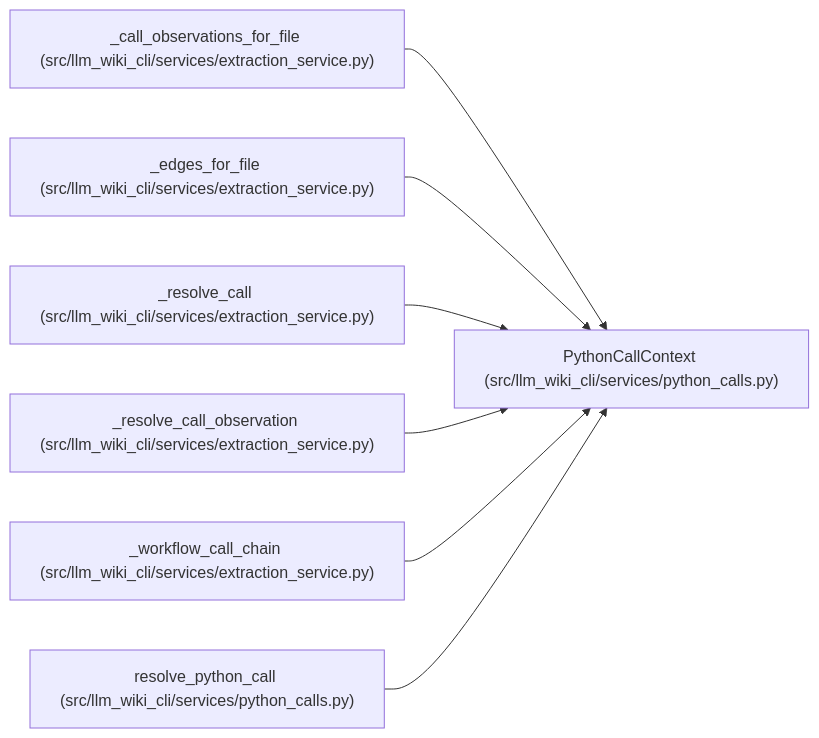
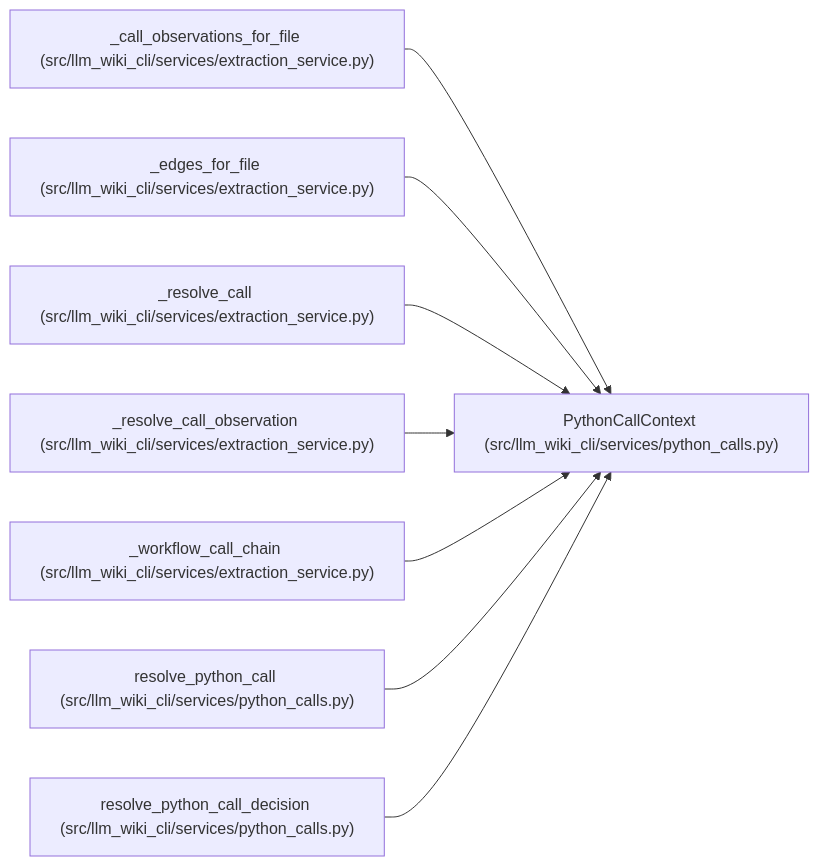
One commit to Denissvgn/python-wiki-llm changed the diagram in docs/llm_wiki/entities/PythonCallContext.md. Above: the diagram before and after it, drawn with Mermaid. The commit also changed other lines of this file and 1410 other files, not shown here.

````diff
--- a/docs/llm_wiki/entities/PythonCallContext.md
+++ b/docs/llm_wiki/entities/PythonCallContext.md
@@ -30,23 +30,26 @@
 ```mermaid
 flowchart LR
     n0["PythonCallContext (src/llm_wiki_cli/services/python_calls.py)"]
     n1["_call_observations_for_file (src/llm_wiki_cli/services/extraction_service.py)"]
     n2["_edges_for_file (src/llm_wiki_cli/services/extraction_service.py)"]
     n3["_resolve_call (src/llm_wiki_cli/services/extraction_service.py)"]
     n4["_resolve_call_observation (src/llm_wiki_cli/services/extraction_service.py)"]
     n5["_workflow_call_chain (src/llm_wiki_cli/services/extraction_service.py)"]
     n6["resolve_python_call (src/llm_wiki_cli/services/python_calls.py)"]
+    n7["resolve_python_call_decision (src/llm_wiki_cli/services/python_calls.py)"]
     n1 --> n0
     n2 --> n0
     n3 --> n0
     n4 --> n0
     n5 --> n0
     n6 --> n0
+    n7 --> n0
     click n0 "../modules/python_calls.md"
     click n1 "../modules/extraction_service.md"
     click n2 "../modules/extraction_service.md"
     click n3 "../modules/extraction_service.md"
     click n4 "../modules/extraction_service.md"
     click n5 "../modules/extraction_service.md"
     click n6 "../modules/python_calls.md"
+    click n7 "../modules/python_calls.md"
 ```
````
